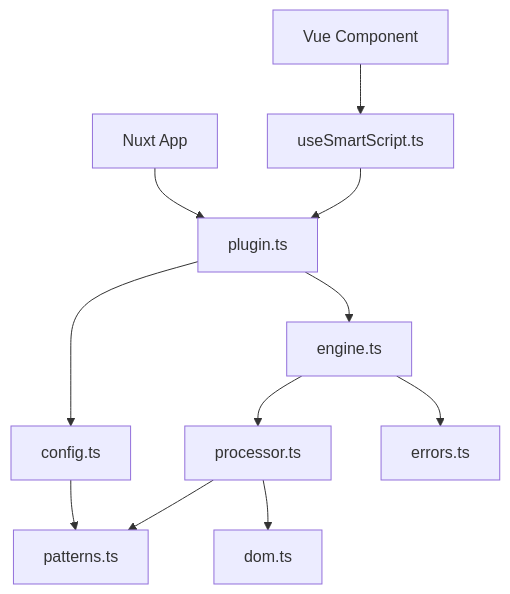
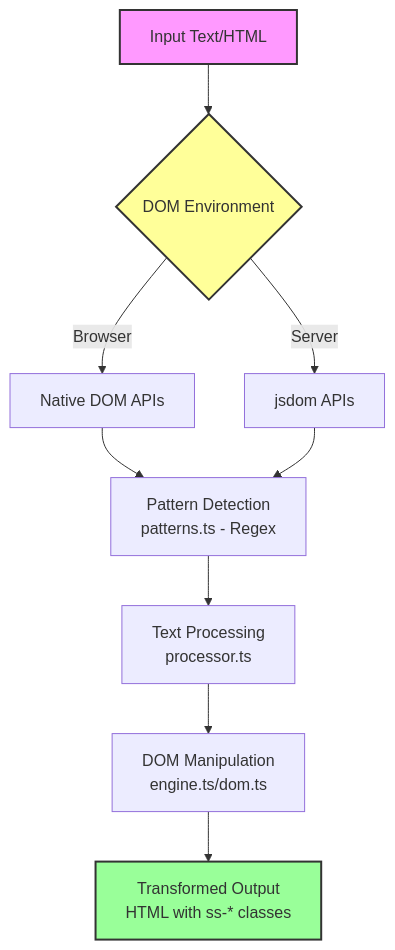
Before and after one commit to mitre/nuxt-smartscript: the diagram in docs/architecture.md, drawn with Mermaid. The commit also changed other lines of this file and 3 other files, not shown here.

First line of the commit message:
chore: add vitepress-plugin-mermaid for documentation diagrams

````diff
--- a/docs/architecture.md
+++ b/docs/architecture.md
@@ -207,14 +27,17 @@
 ```mermaid
 graph TD
-    A[Nuxt App] --> B[plugin.ts]
-    B --> C[config.ts]
-    C --> D[patterns.ts]
-    B --> E[engine.ts]
-    E --> F[processor.ts]
-    F --> G[dom.ts]
-    F --> D
-    E --> H[errors.ts]
+    A[Input Text/HTML] --> B{DOM Environment}
+    B -->|Browser| C[Native DOM APIs]
+    B -->|Server| D[jsdom APIs]
     
-    I[Vue Component] --> J[useSmartScript.ts]
-    J --> B
+    C --> E[Pattern Detection<br/>patterns.ts - Regex]
+    D --> E
+    
+    E --> F[Text Processing<br/>processor.ts]
+    F --> G[DOM Manipulation<br/>engine.ts/dom.ts]
+    G --> H[Transformed Output<br/>HTML with ss-* classes]
+    
+    style A fill:#f9f,stroke:#333,stroke-width:2px
+    style H fill:#9f9,stroke:#333,stroke-width:2px
+    style B fill:#ff9,stroke:#333,stroke-width:2px
 ```
````
